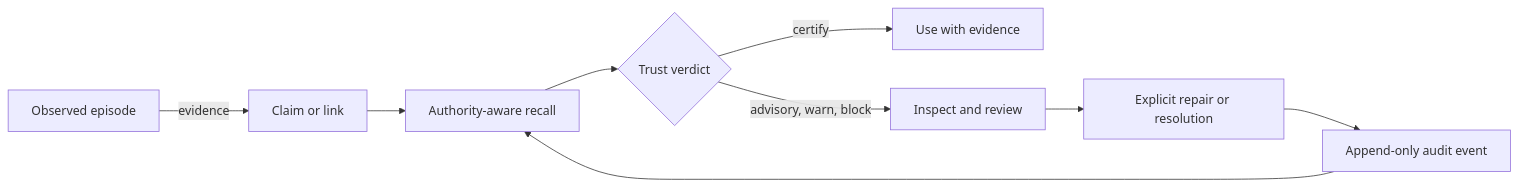
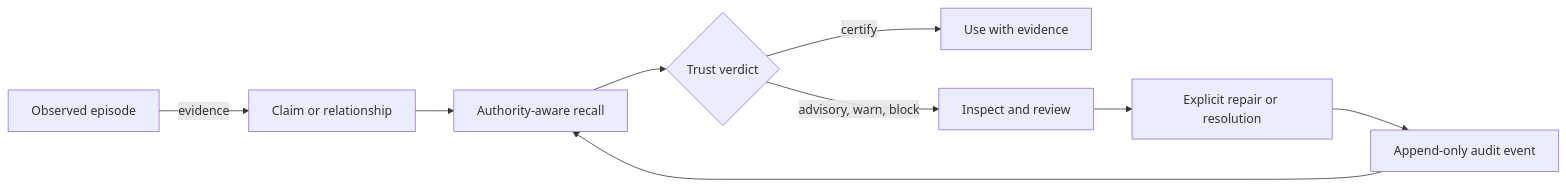
One commit to Arakiss/nahuali changed the diagram in README.md. Above: the diagram before and after it, drawn with Mermaid. The commit also changed other lines of this file and 3 other files, not shown here.

````diff
--- a/README.md
+++ b/README.md
@@ -165,11 +82,11 @@
 ```mermaid
 flowchart LR
-    A[Observed episode] -->|evidence| B[Claim or link]
+    A[Observed episode] -->|evidence| B[Claim or relationship]
     B --> C[Authority-aware recall]
     C --> D{Trust verdict}
     D -->|certify| E[Use with evidence]
     D -->|advisory, warn, block| F[Inspect and review]
     F --> G[Explicit repair or resolution]
     G --> H[Append-only audit event]
     H --> C
 ```
````
